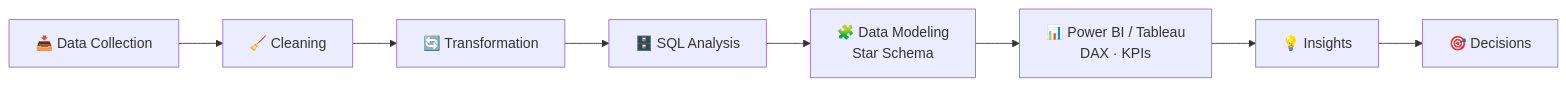
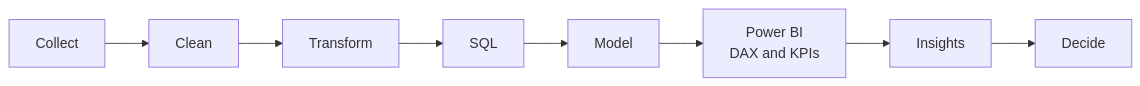
The diagram in README.md (Ambati4422/Ambati4422), drawn with Mermaid before and after one commit. The commit also changed other lines of this file, not shown here.

````diff
--- a/README.md
+++ b/README.md
@@ -55,10 +290,4 @@
 ```mermaid
 flowchart LR
-    A[📥 Data Collection] --> B[🧹 Cleaning]
-    B --> C[🔄 Transformation]
-    C --> D[🗄️ SQL Analysis]
-    D --> E[🧩 Data Modeling<br/>Star Schema]
-    E --> F[📊 Power BI / Tableau<br/>DAX · KPIs]
-    F --> G[💡 Insights]
-    G --> H[🎯 Decisions]
+    A[Collect] --> B[Clean] --> C[Transform] --> D[SQL] --> E[Model] --> F[Power BI<br/>DAX and KPIs] --> G[Insights] --> H[Decide]
 ```
````
